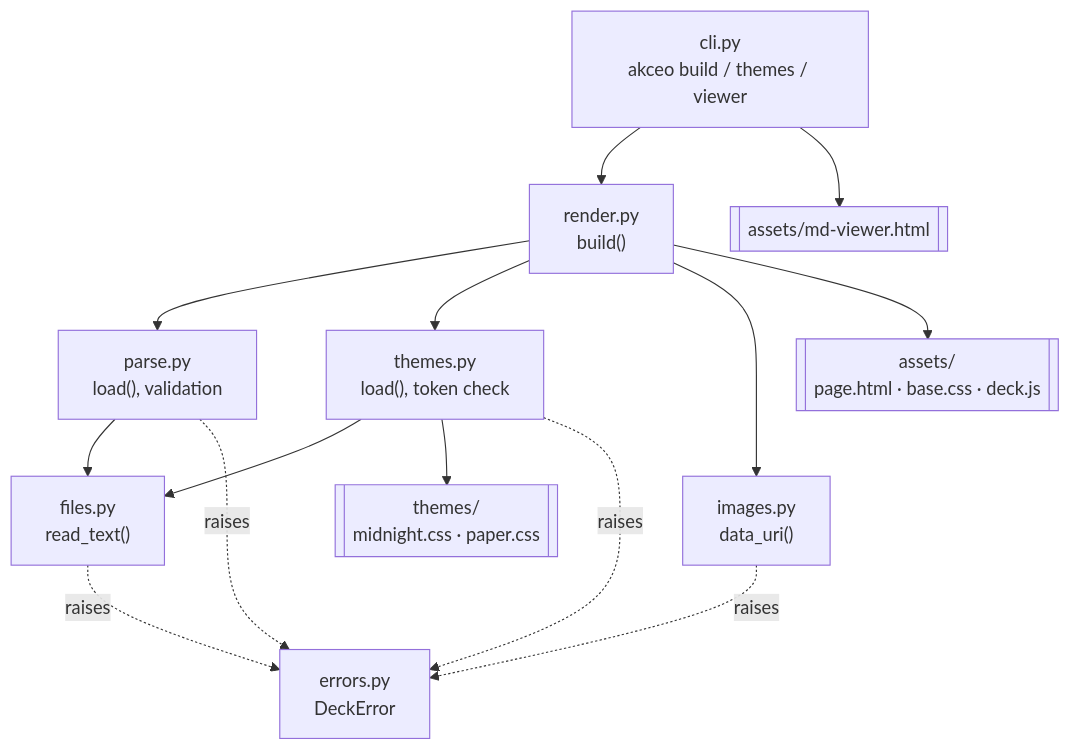
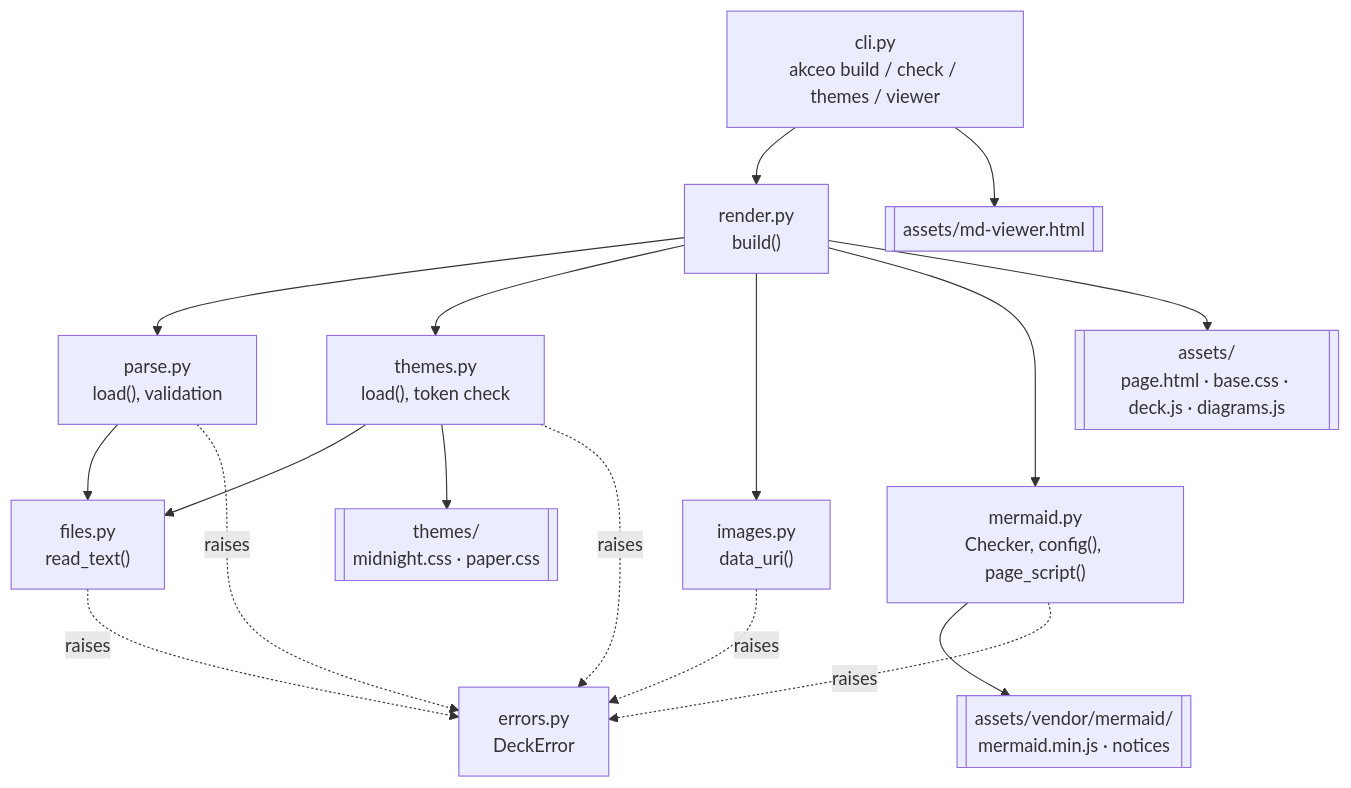
One commit to LunarCommand/akceo changed the fifth of 11 diagrams in docs/how-it-works.md. Above: the diagram before and after it, drawn with Mermaid. The commit also changed other lines of this file and 21 other files, not shown here.

First line of the commit message:
Check and draw Mermaid diagrams without mmdc

````diff
--- a/docs/how-it-works.md
+++ b/docs/how-it-works.md
@@ -195,16 +196,19 @@
 ```mermaid
 flowchart TD
-    cli["cli.py<br/>akceo build / themes / viewer"] --> render["render.py<br/>build()"]
+    cli["cli.py<br/>akceo build / check / themes / viewer"] --> render["render.py<br/>build()"]
     render --> parse["parse.py<br/>load(), validation"]
     parse --> files["files.py<br/>read_text()"]
     render --> themes["themes.py<br/>load(), token check"]
     themes --> files
     render --> images["images.py<br/>data_uri()"]
-    render --> assets[["assets/<br/>page.html · base.css · deck.js"]]
+    render --> mermaid["mermaid.py<br/>Checker, config(), page_script()"]
+    mermaid --> vendor[["assets/vendor/mermaid/<br/>mermaid.min.js · notices"]]
+    render --> assets[["assets/<br/>page.html · base.css · deck.js · diagrams.js"]]
     themes --> builtin[["themes/<br/>midnight.css · paper.css"]]
     cli --> viewer[["assets/md-viewer.html"]]
     parse -.->|raises| err["errors.py<br/>DeckError"]
     themes -.->|raises| err
     images -.->|raises| err
+    mermaid -.->|raises| err
     files -.->|raises| err
 ```
````
